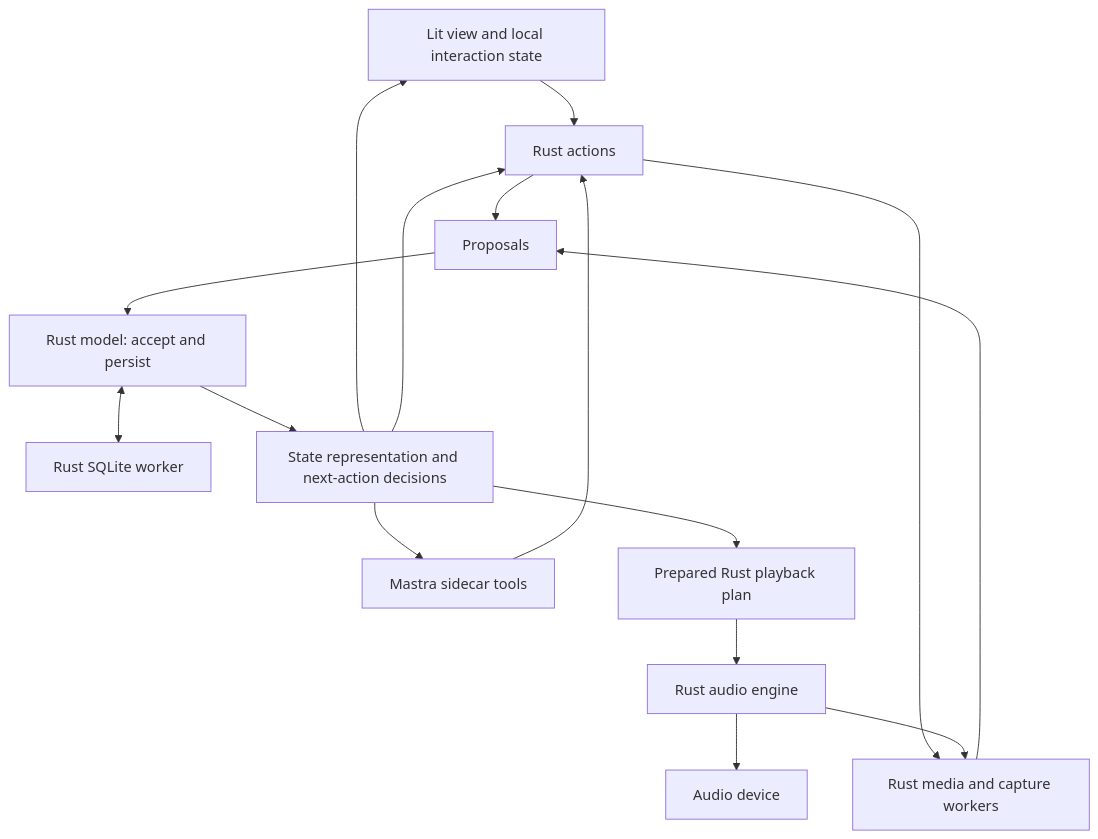
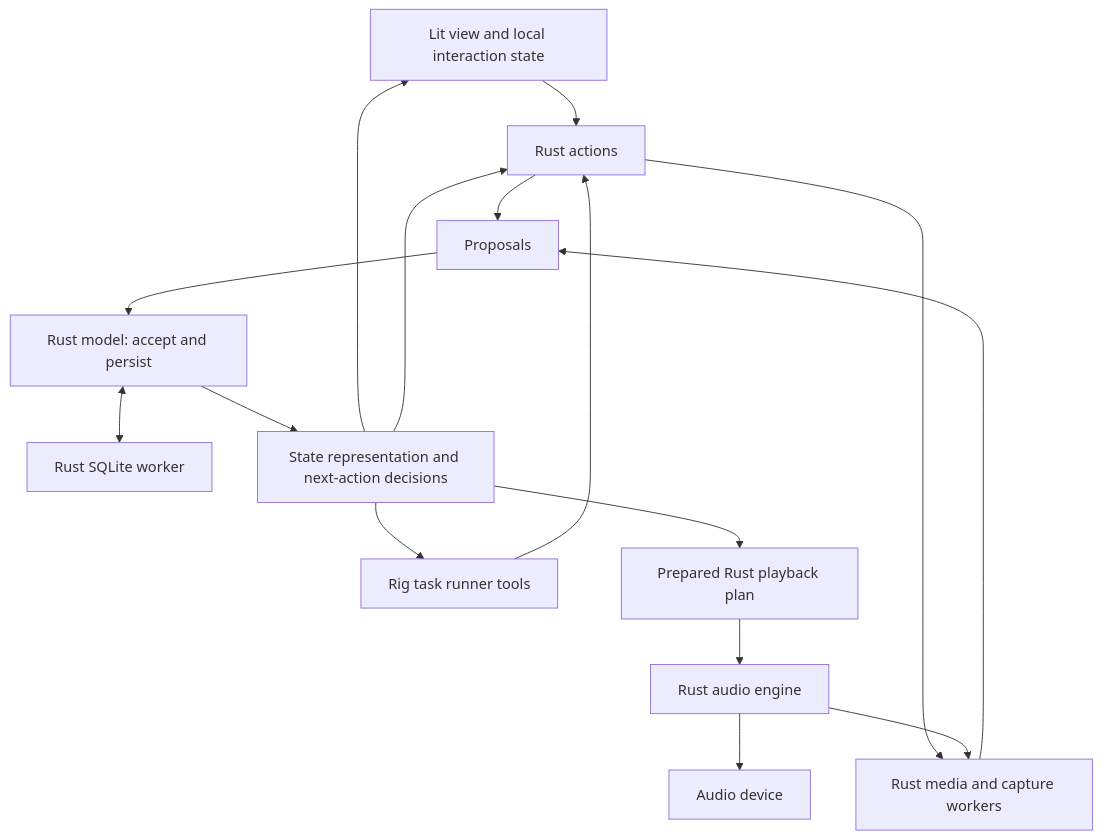
The diagram in DESKTOP_PORT_PLAN.md (garthtrickett/songwriting), drawn with Mermaid before and after one commit. The commit also changed other lines of this file and 36 other files, not shown here.

Commit message:
Add a durable Rust Rig agent proof through shared song actions

````diff
--- a/DESKTOP_PORT_PLAN.md
+++ b/DESKTOP_PORT_PLAN.md
@@ -73,18 +72,18 @@
 ```mermaid
 flowchart TD
     UI[Lit view and local interaction state] --> Actions[Rust actions]
-    Agent[Mastra sidecar tools] --> Actions
+    Agent[Rig task runner tools] --> Actions
     Actions --> Proposals[Proposals]
     Proposals --> Model[Rust model: accept and persist]
     Model <--> Store[Rust SQLite worker]
     Model --> State[State representation and next-action decisions]
     State --> UI
     State --> Agent
     State --> Actions
     State --> Plan[Prepared Rust playback plan]
     Plan --> Engine[Rust audio engine]
     Engine --> Device[Audio device]
     Actions --> Media[Rust media and capture workers]
     Media --> Proposals
     Engine --> Media
 ```
````
